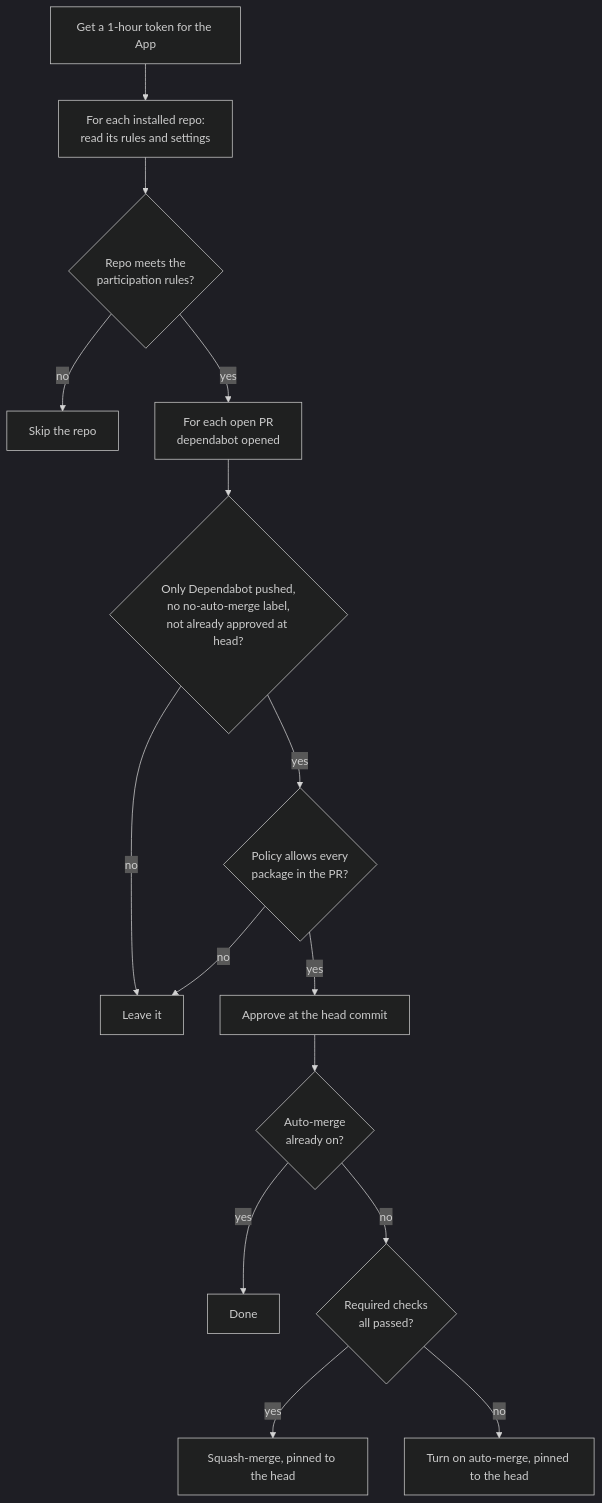
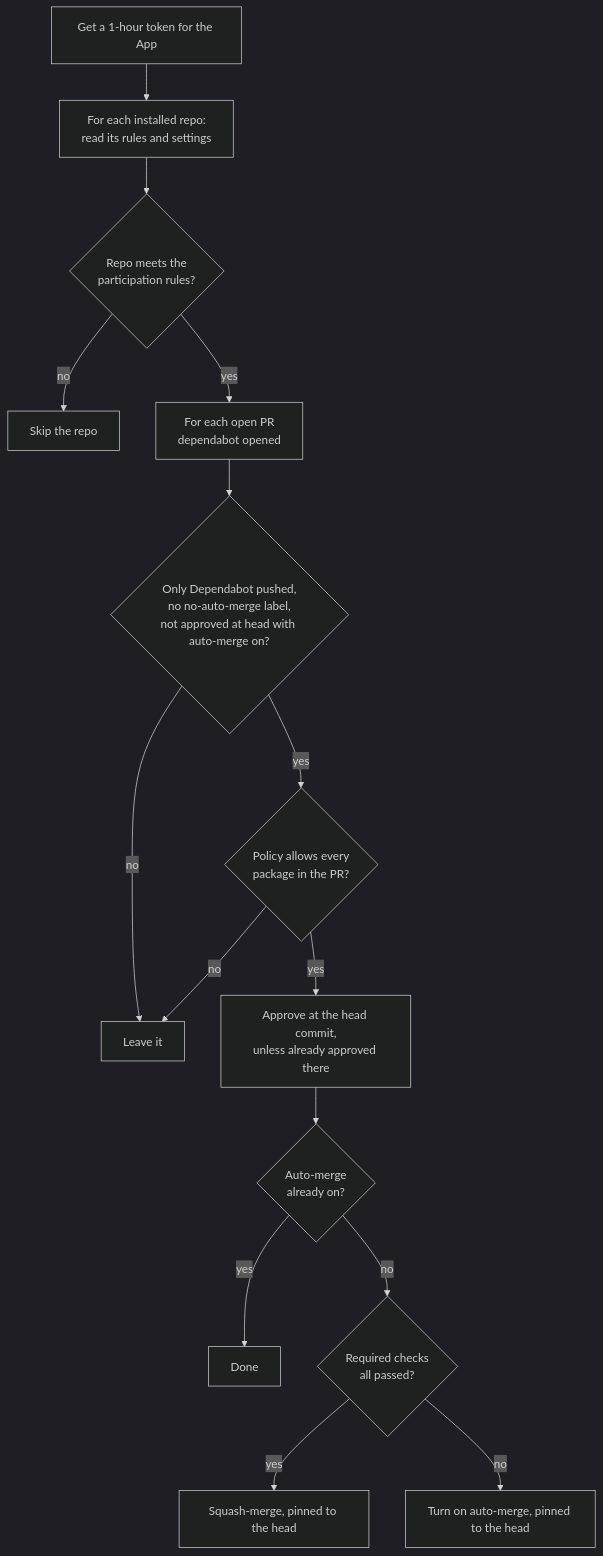
One commit to meridianlabs-ai/agents changed the second of 3 diagrams in design/dependabot-merge.md. Above: the diagram before and after it, drawn with Mermaid (dark theme). The commit also changed other lines of this file and 2 other files, not shown here.

Commit message:
Rerun the merge step for an approved PR without auto-merge; skip repos with up-to-date or merge-queue rules

````diff
--- a/design/dependabot-merge.md
+++ b/design/dependabot-merge.md
@@ -47,17 +47,17 @@
 ```mermaid
 flowchart TD
     A[Get a 1-hour token for the App] --> B[For each installed repo:<br/>read its rules and settings]
     B --> S{Repo meets the<br/>participation rules?}
     S -- no --> SK[Skip the repo]
     S -- yes --> P[For each open PR<br/>dependabot opened]
-    P --> R{Only Dependabot pushed,<br/>no no-auto-merge label,<br/>not already approved at head?}
+    P --> R{Only Dependabot pushed,<br/>no no-auto-merge label,<br/>not approved at head with auto-merge on?}
     R -- no --> L[Leave it]
     R -- yes --> Q{Policy allows every<br/>package in the PR?}
     Q -- no --> L
-    Q -- yes --> AP[Approve at the head commit]
+    Q -- yes --> AP[Approve at the head commit,<br/>unless already approved there]
     AP --> AM{Auto-merge<br/>already on?}
     AM -- yes --> DONE[Done]
     AM -- no --> C{Required checks<br/>all passed?}
     C -- yes --> MG[Squash-merge, pinned to the head]
     C -- no --> EA[Turn on auto-merge, pinned to the head]
 ```
````
